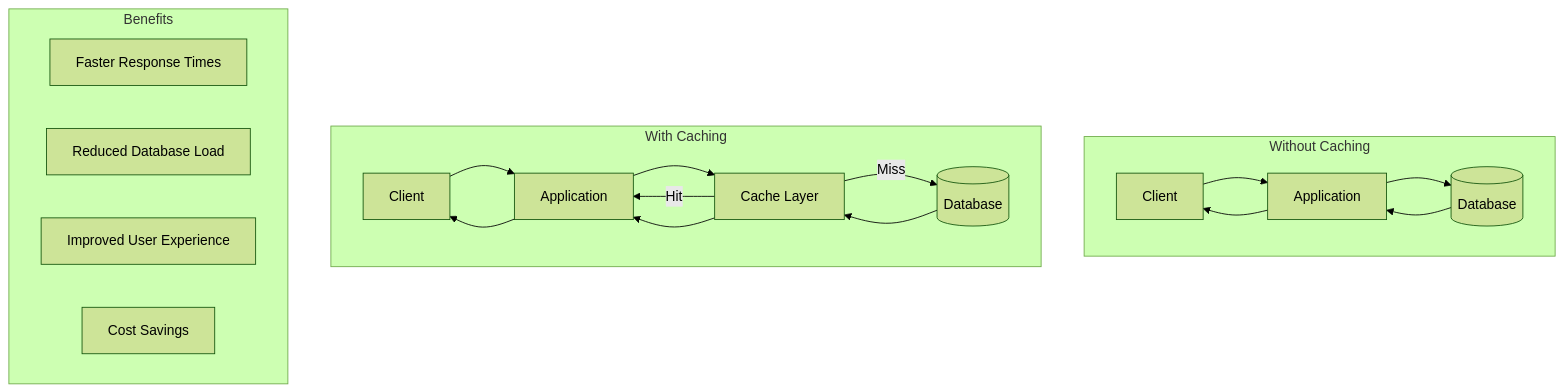
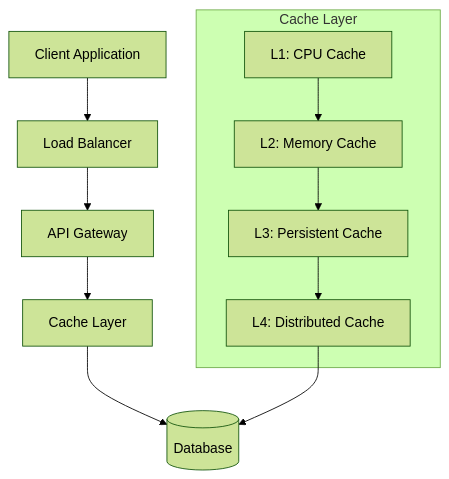
One commit to Ritahchanger/system_design changed the diagram in caching/README.md. Above: the diagram before and after it, drawn with Mermaid (forest theme). The commit also changed other lines of this file and 4 other files, not shown here.

Commit message:
Add caching documentation: API, architecture, strategies, and setup

````diff
--- a/caching/README.md
+++ b/caching/README.md
@@ -24,26 +147,23 @@
 ```mermaid
 graph TB
-    subgraph "Without Caching"
-        Client1[Client] --> App1[Application]
-        App1 --> DB1[(Database)]
-        DB1 --> App1
-        App1 --> Client1
+    Client[Client Application] --> LB[Load Balancer]
+    LB --> API[API Gateway]
+    API --> Cache[Cache Layer]
+    Cache --> DB[(Database)]
+    
+    subgraph "Cache Layer"
+        L1[L1: CPU Cache]
+        L2[L2: Memory Cache] 
+        L3[L3: Persistent Cache]
+        L4[L4: Distributed Cache]
     end
     
-    subgraph "With Caching"
-        Client2[Client] --> App2[Application]
-        App2 --> Cache[Cache Layer]
-        Cache -->|Hit| App2
-        Cache -->|Miss| DB2[(Database)]
-        DB2 --> Cache
-        Cache --> App2
-        App2 --> Client2
-    end
+    L1 --> L2
+    L2 --> L3
+    L3 --> L4
+    L4 --> DB
     
-    subgraph "Benefits"
-        FastResponse[Faster Response Times]
-        ReducedLoad[Reduced Database Load]
-        BetterUX[Improved User Experience]
-        CostSavings[Cost Savings]
-    end
+    click API "docs/api.md" "API Documentation"
+    click Cache "docs/architecture.md" "Architecture Details"
+    click L1 "docs/caching-strategies.md" "Caching Strategies"
 ```
````
